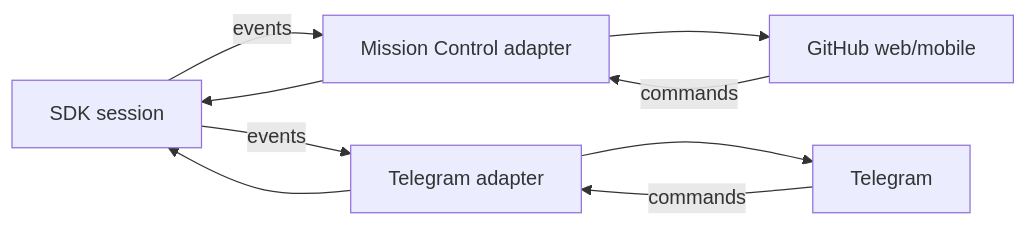
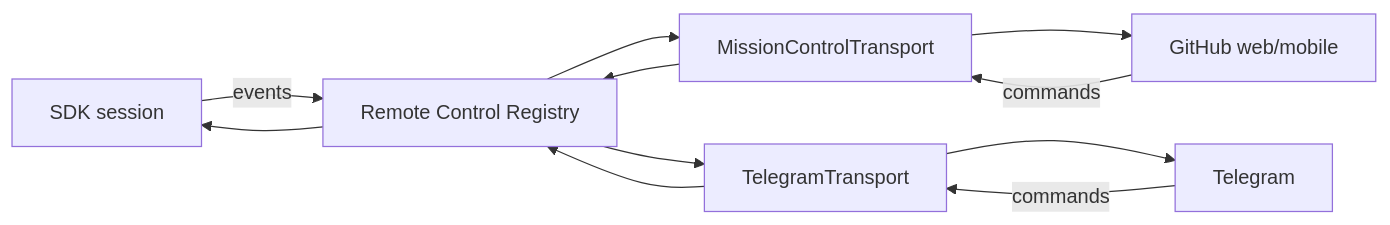
One commit to SachiHarshitha/vscode-telegram changed the second of 5 diagrams in extensions/copilot/docs/telegram-remote/ARCHITECTURE.md. Above: the diagram before and after it, drawn with Mermaid. The commit also changed other lines of this file and 11 other files, not shown here.

````diff
--- a/extensions/copilot/docs/telegram-remote/ARCHITECTURE.md
+++ b/extensions/copilot/docs/telegram-remote/ARCHITECTURE.md
@@ -213,13 +290,15 @@
 ```mermaid
 flowchart LR
     SDK[SDK session]
-    SDK -->|events| MC[Mission Control adapter]
+    SDK -->|events| REG[Remote Control Registry]
+    REG --> MC[MissionControlTransport]
     MC --> GH[GitHub web/mobile]
     GH -->|commands| MC
-    MC --> SDK
+    MC --> REG
+    REG --> SDK
 
-    SDK -->|events| TR[Telegram adapter]
+    REG --> TR[TelegramTransport]
     TR --> TG[Telegram]
     TG -->|commands| TR
-    TR --> SDK
+    TR --> REG
 ```
````
